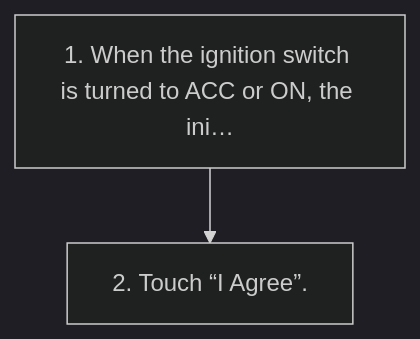
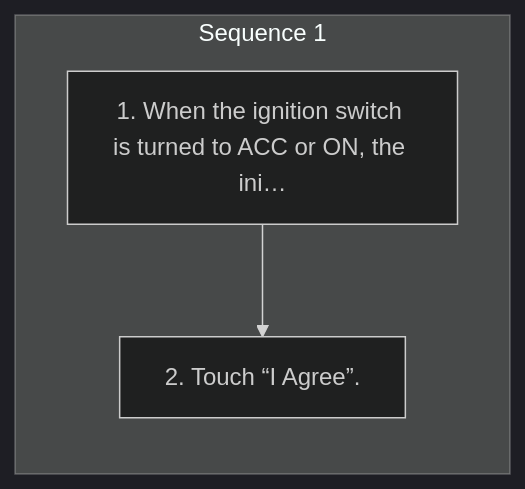
The diagram in workspace/subaru/outback-2026/ivi/published/basic-operation/2-initial-screen.md (Chieko-Y/my-spec-generator), drawn with Mermaid (dark theme) before and after one commit. The commit also changed other lines of this file and 268 other files, not shown here.

````diff
--- a/workspace/subaru/outback-2026/ivi/published/basic-operation/2-initial-screen.md
+++ b/workspace/subaru/outback-2026/ivi/published/basic-operation/2-initial-screen.md
@@ -14,6 +14,9 @@
 ```mermaid
 flowchart TD
-    S1["1. When the ignition switch is turned to ACC or ON, the ini…"]
-    S2["2. Touch “I Agree”."]
-    S1 --> S2
+    subgraph SEQ1["Sequence 1"]
+    direction TB
+    S1_1["1. When the ignition switch is turned to ACC or ON, the ini…"]
+    S1_2["2. Touch “I Agree”."]
+    S1_1 --> S1_2
+    end
 ```
````
